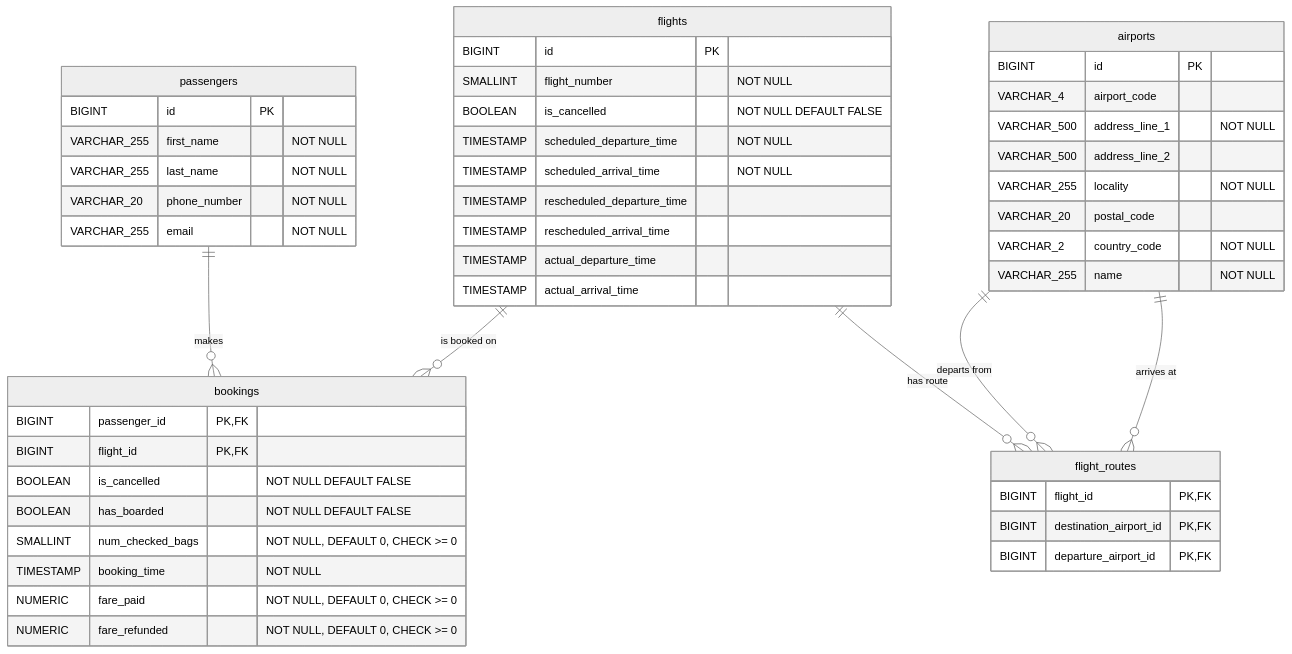
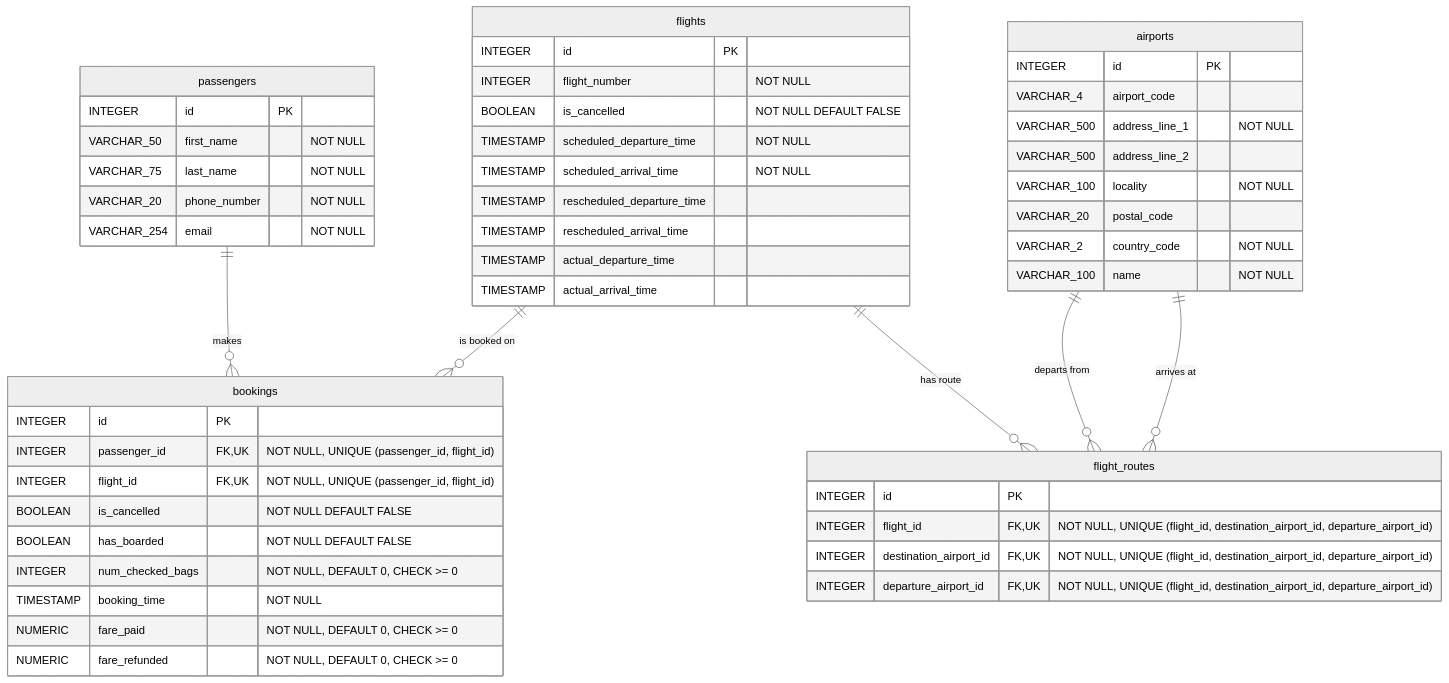
Before and after one commit to Shane-Nycum/ex603-airline-bookings-database: the diagram in README.md, drawn with Mermaid (neutral theme). The commit also changed other lines of this file and 6 other files, not shown here.

Commit message:
Assignment 2: Correct mistakes in the database schema. Add DDL script to create the tables.

````diff
--- a/README.md
+++ b/README.md
@@ -23,56 +23,58 @@
 ```mermaid
 erDiagram
     passengers {
-        BIGINT id PK
-        VARCHAR_255 first_name "NOT NULL"
-        VARCHAR_255 last_name "NOT NULL"
+        INTEGER id PK
+        VARCHAR_50 first_name "NOT NULL"
+        VARCHAR_75 last_name "NOT NULL"
         VARCHAR_20 phone_number "NOT NULL"
-        VARCHAR_255 email "NOT NULL"
+        VARCHAR_254 email "NOT NULL"
     }
 
     flights {
-        BIGINT id PK
-        SMALLINT flight_number "NOT NULL"
+        INTEGER id PK
+        INTEGER flight_number "NOT NULL"
         BOOLEAN is_cancelled "NOT NULL DEFAULT FALSE"
         TIMESTAMP scheduled_departure_time "NOT NULL"
         TIMESTAMP scheduled_arrival_time "NOT NULL"
         TIMESTAMP rescheduled_departure_time
         TIMESTAMP rescheduled_arrival_time
         TIMESTAMP actual_departure_time
         TIMESTAMP actual_arrival_time
     }
 
     bookings {
-        BIGINT passenger_id PK, FK
-        BIGINT flight_id PK, FK
+        INTEGER id PK
+        INTEGER passenger_id FK, UK "NOT NULL, UNIQUE (passenger_id, flight_id)"
+        INTEGER flight_id FK, UK "NOT NULL, UNIQUE (passenger_id, flight_id)"
         BOOLEAN is_cancelled "NOT NULL DEFAULT FALSE"
         BOOLEAN has_boarded "NOT NULL DEFAULT FALSE"
-        SMALLINT num_checked_bags "NOT NULL, DEFAULT 0, CHECK >= 0"
+        INTEGER num_checked_bags "NOT NULL, DEFAULT 0, CHECK >= 0"
         TIMESTAMP booking_time "NOT NULL"
         NUMERIC fare_paid "NOT NULL, DEFAULT 0, CHECK >= 0"
         NUMERIC fare_refunded "NOT NULL, DEFAULT 0, CHECK >= 0"
     }
 
     airports {
-        BIGINT id PK
+        INTEGER id PK
         VARCHAR_4 airport_code
         VARCHAR_500 address_line_1 "NOT NULL"
         VARCHAR_500 address_line_2
-        VARCHAR_255 locality "NOT NULL"
+        VARCHAR_100 locality "NOT NULL"
         VARCHAR_20 postal_code
         VARCHAR_2 country_code "NOT NULL"
-        VARCHAR_255 name "NOT NULL"
+        VARCHAR_100 name "NOT NULL"
     }
 
     flight_routes {
-        BIGINT flight_id PK, FK
-        BIGINT destination_airport_id PK, FK
-        BIGINT departure_airport_id PK, FK
+        INTEGER id PK
+        INTEGER flight_id FK, UK "NOT NULL, UNIQUE (flight_id, destination_airport_id, departure_airport_id)"
+        INTEGER destination_airport_id FK, UK "NOT NULL, UNIQUE (flight_id, destination_airport_id, departure_airport_id)"
+        INTEGER departure_airport_id FK, UK "NOT NULL, UNIQUE (flight_id, destination_airport_id, departure_airport_id)"
     }
 
     passengers ||--o{ bookings : "makes"
     flights ||--o{ bookings : "is booked on"
     flights ||--o{ flight_routes : "has route"
     airports ||--o{ flight_routes : "departs from"
     airports ||--o{ flight_routes : "arrives at"
 ```
````
